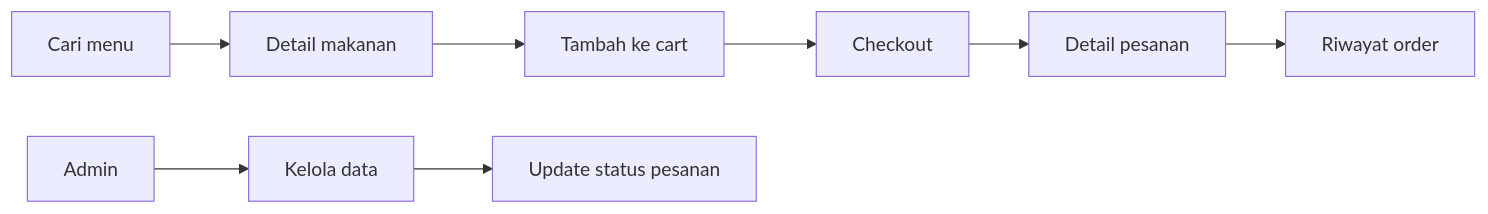
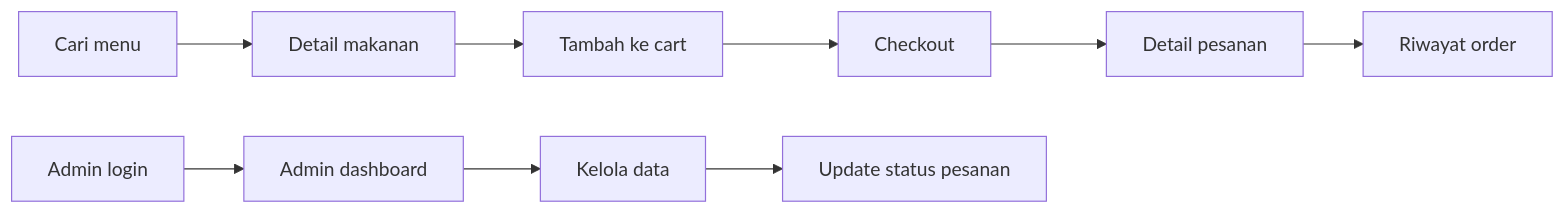
The diagram in README.md (tegokkk/CARIMAKAN), drawn with Mermaid before and after one commit. The commit also changed other lines of this file, not shown here.

````diff
--- a/README.md
+++ b/README.md
@@ -41,11 +60,12 @@
 ```mermaid
 flowchart LR
   A["Cari menu"] --> B["Detail makanan"]
   B --> C["Tambah ke cart"]
   C --> D["Checkout"]
   D --> E["Detail pesanan"]
   E --> F["Riwayat order"]
 
-  G["Admin"] --> H["Kelola data"]
-  H --> I["Update status pesanan"]
+  G["Admin login"] --> H["Admin dashboard"]
+  H --> I["Kelola data"]
+  I --> J["Update status pesanan"]
 ```
````
